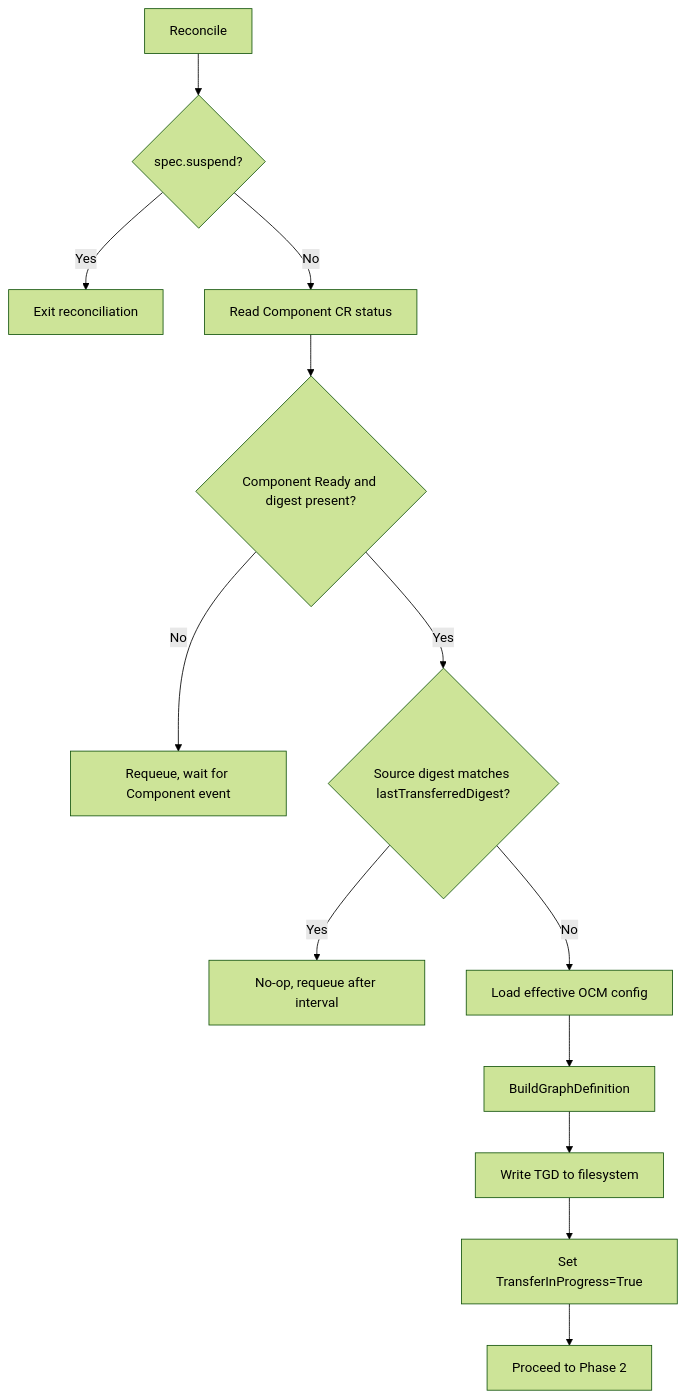
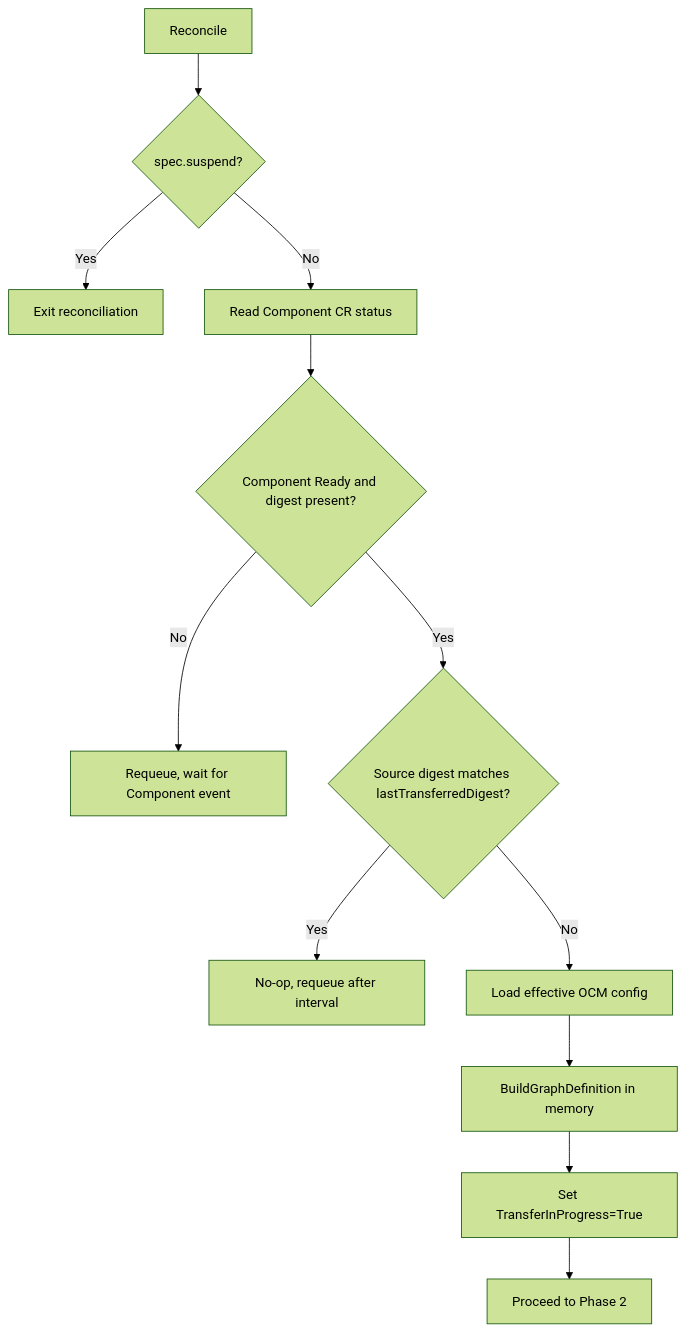
The first of 2 diagrams in docs/adr/0017_replication_controller.md (open-component-model/open-component-model), drawn with Mermaid (forest theme) before and after one commit. The commit also changed other lines of this file, not shown here.

````diff
--- a/docs/adr/0017_replication_controller.md
+++ b/docs/adr/0017_replication_controller.md
@@ -127,15 +127,14 @@
 ```mermaid
 flowchart TD
     A[Reconcile] --> B{spec.suspend?}
     B -->|Yes| C[Exit reconciliation]
     B -->|No| D[Read Component CR status]
     D --> E{Component Ready and digest present?}
     E -->|No| F[Requeue, wait for Component event]
     E -->|Yes| G{Source digest matches lastTransferredDigest?}
     G -->|Yes| H[No-op, requeue after interval]
     G -->|No| I[Load effective OCM config]
-    I --> J[BuildGraphDefinition]
-    J --> K[Write TGD to filesystem]
-    K --> L[Set TransferInProgress=True]
-    L --> M[Proceed to Phase 2]
+    I --> J[BuildGraphDefinition in memory]
+    J --> K[Set TransferInProgress=True]
+    K --> L[Proceed to Phase 2]
 ```
````
